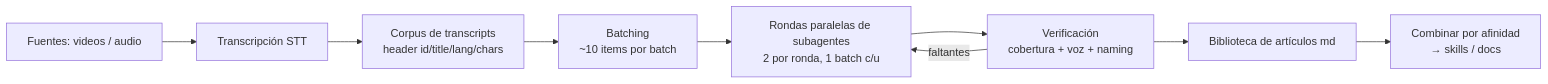
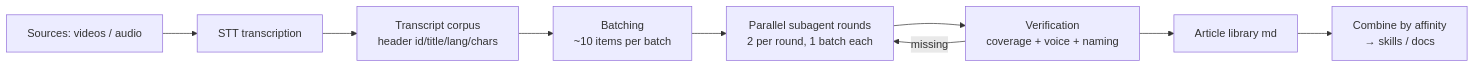
The diagram in README.md (nicoarias81/moonshine), drawn with Mermaid before and after one commit. The commit also changed other lines of this file and 6 other files, not shown here.

Commit message:
English by default: language is a pipeline parameter ({{LANGUAGE}} in dispatch prompt, orchestrator asks per corpus); verify.py --lang en|es with built-in banned lists; all docs/skills/scripts converted

````diff
--- a/README.md
+++ b/README.md
@@ -13,11 +13,11 @@
 ```mermaid
 flowchart LR
-    A[Fuentes: videos / audio] --> B[Transcripción STT]
-    B --> C[Corpus de transcripts<br/>header id/title/lang/chars]
-    C --> D[Batching<br/>~10 items por batch]
-    D --> E[Rondas paralelas de subagentes<br/>2 por ronda, 1 batch c/u]
-    E --> F[Verificación<br/>cobertura + voz + naming]
-    F -->|faltantes| E
-    F --> G[Biblioteca de artículos md]
-    G --> H[Combinar por afinidad<br/>→ skills / docs]
+    A[Sources: videos / audio] --> B[STT transcription]
+    B --> C[Transcript corpus<br/>header id/title/lang/chars]
+    C --> D[Batching<br/>~10 items per batch]
+    D --> E[Parallel subagent rounds<br/>2 per round, 1 batch each]
+    E --> F[Verification<br/>coverage + voice + naming]
+    F -->|missing| E
+    F --> G[Article library md]
+    G --> H[Combine by affinity<br/>→ skills / docs]
 ```
````
